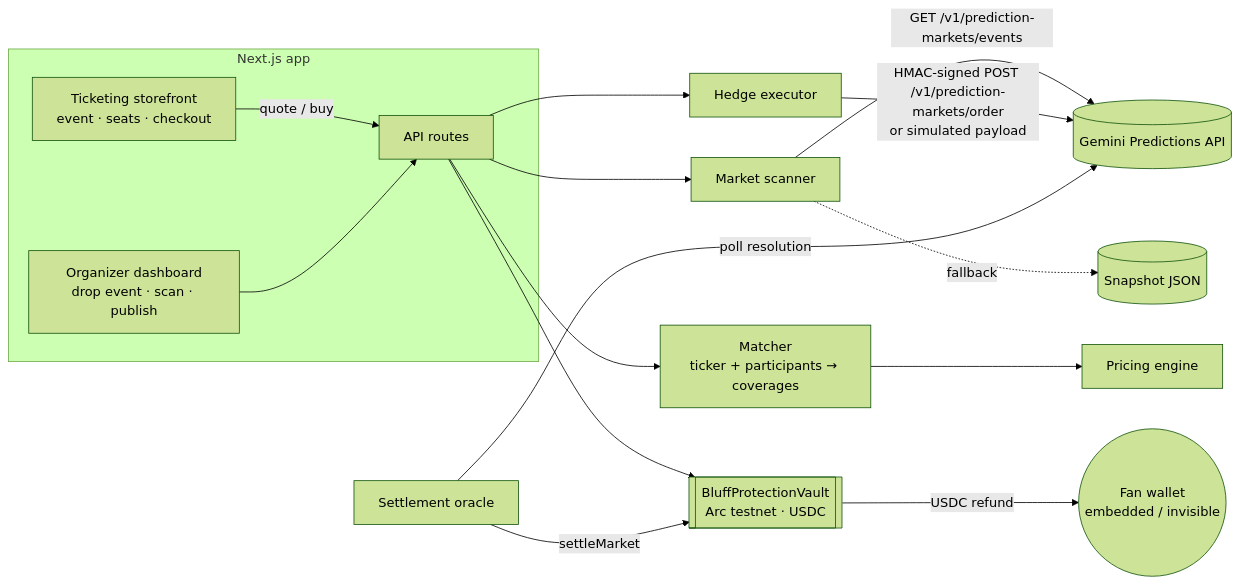
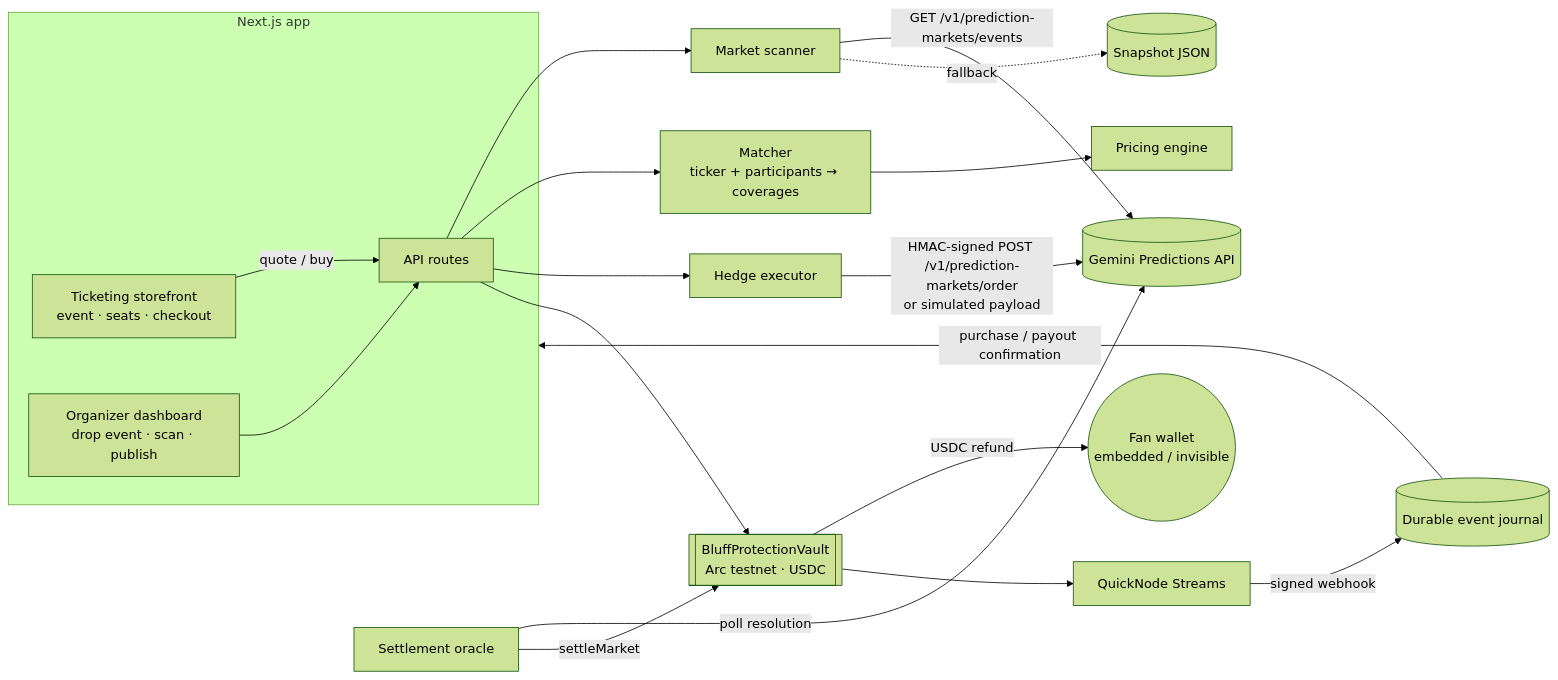
The diagram in docs/PRD.md (royli25/bluffInsurance), drawn with Mermaid (forest theme) before and after one commit. The commit also changed other lines of this file and 555 other files, not shown here.

Commit message:
feat: checkpoint working checkout, performance fixes and QuickNode confirmations

````diff
--- a/docs/PRD.md
+++ b/docs/PRD.md
@@ -120,19 +120,22 @@
 ```mermaid
 flowchart LR
   subgraph Web["Next.js app"]
     S[Ticketing storefront<br/>event · seats · checkout] -->|quote / buy| API
     D[Organizer dashboard<br/>drop event · scan · publish] --> API
     API[API routes]
   end
   API --> SC[Market scanner]
   SC -->|GET /v1/prediction-markets/events| GEM[(Gemini Predictions API)]
   SC -.fallback.-> SNAP[(Snapshot JSON)]
   API --> M[Matcher<br/>ticker + participants → coverages]
   M --> P[Pricing engine]
   API --> H[Hedge executor]
   H -->|HMAC-signed POST /v1/prediction-markets/order<br/>or simulated payload| GEM
   API --> V[[BluffProtectionVault<br/>Arc testnet · USDC]]
   O[Settlement oracle] -->|poll resolution| GEM
   O -->|settleMarket| V
   V -->|USDC refund| Fan((Fan wallet<br/>embedded / invisible))
+  V --> QN[QuickNode Streams]
+  QN -->|signed webhook| J[(Durable event journal)]
+  J -->|purchase / payout confirmation| Web
 ```
````
